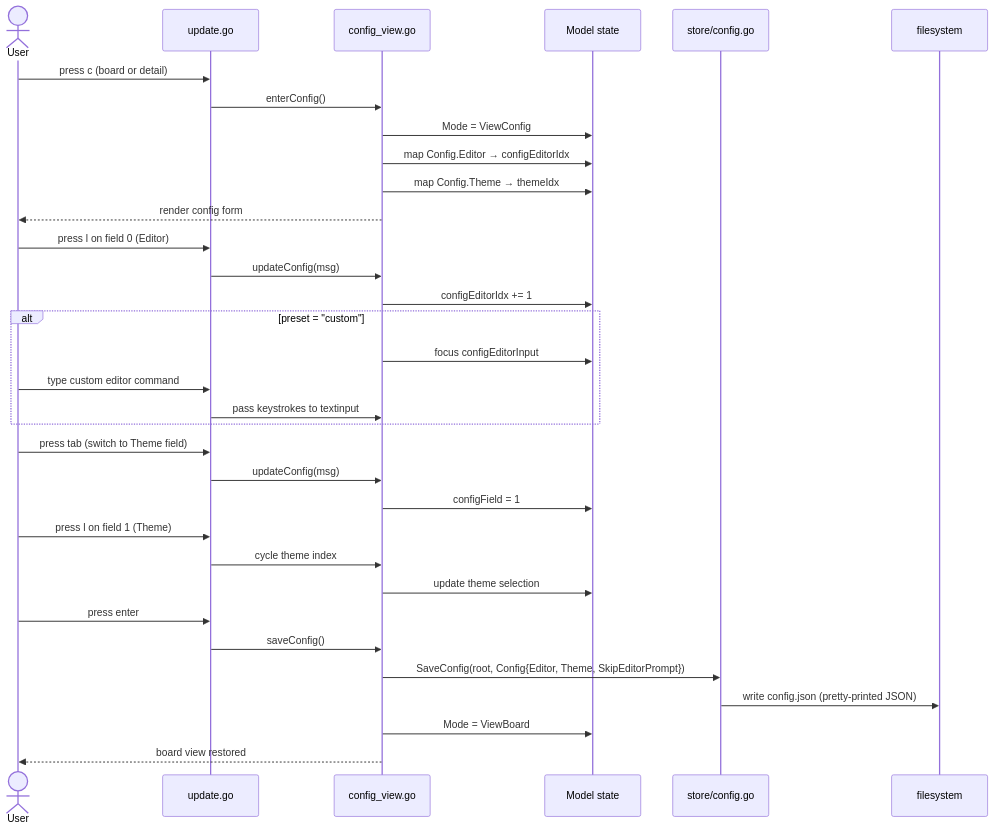
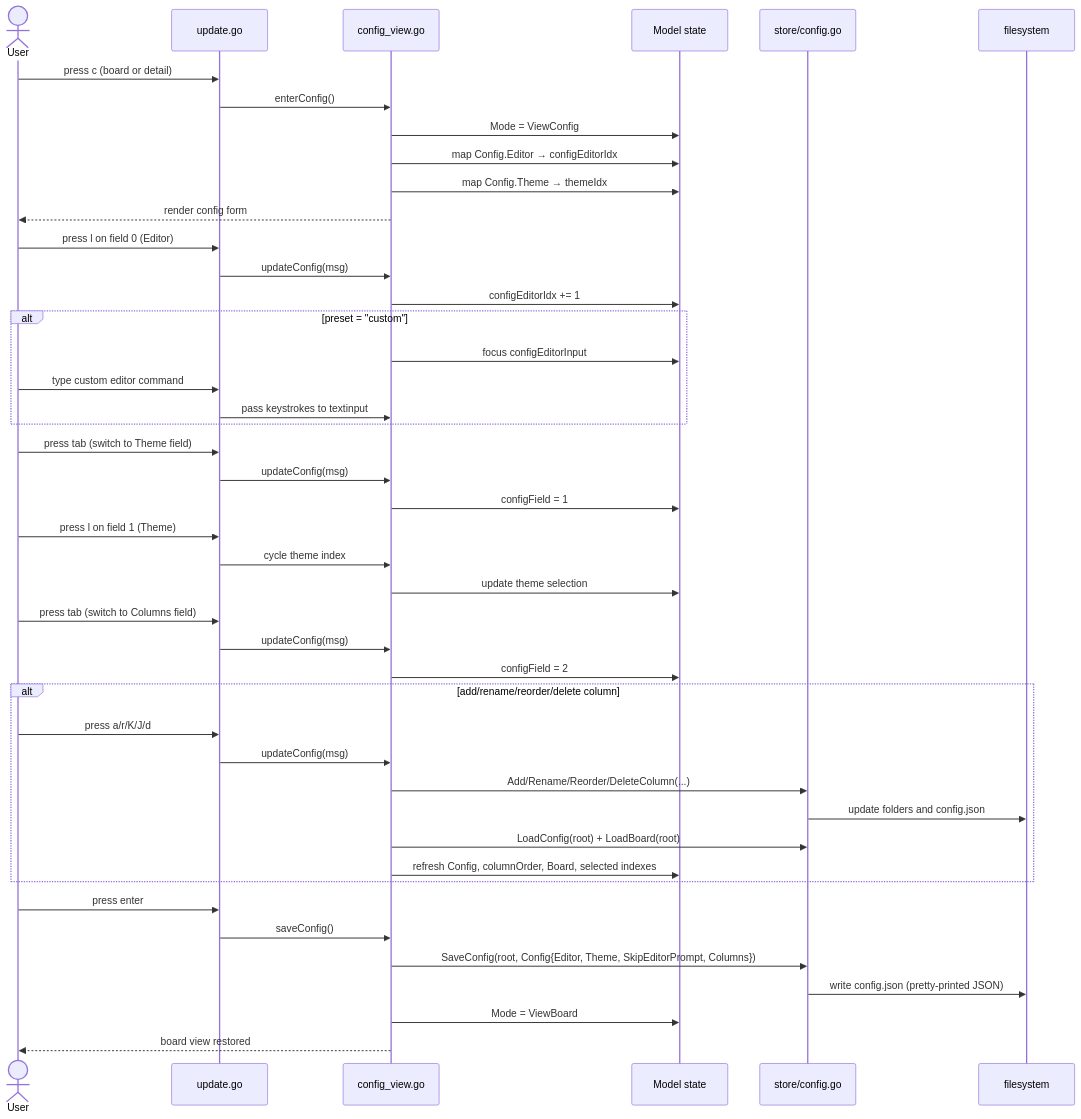
Before and after one commit to dawidsok/tickcats: the third of 3 diagrams in docs/flows/configuration.md, drawn with Mermaid. The commit also changed other lines of this file and 29 other files, not shown here.

````diff
--- a/docs/flows/configuration.md
+++ b/docs/flows/configuration.md
@@ -60,41 +80,54 @@
 ```mermaid
 sequenceDiagram
     actor User
     participant Update as update.go
     participant ConfigView as config_view.go
     participant Model as Model state
     participant Store as store/config.go
     participant FS as filesystem
 
     User->>Update: press c (board or detail)
     Update->>ConfigView: enterConfig()
     ConfigView->>Model: Mode = ViewConfig
     ConfigView->>Model: map Config.Editor → configEditorIdx
     ConfigView->>Model: map Config.Theme → themeIdx
     ConfigView-->>User: render config form
 
     User->>Update: press l on field 0 (Editor)
     Update->>ConfigView: updateConfig(msg)
     ConfigView->>Model: configEditorIdx += 1
 
     alt preset = "custom"
         ConfigView->>Model: focus configEditorInput
         User->>Update: type custom editor command
         Update->>ConfigView: pass keystrokes to textinput
     end
 
     User->>Update: press tab (switch to Theme field)
     Update->>ConfigView: updateConfig(msg)
     ConfigView->>Model: configField = 1
 
     User->>Update: press l on field 1 (Theme)
     Update->>ConfigView: cycle theme index
     ConfigView->>Model: update theme selection
 
+    User->>Update: press tab (switch to Columns field)
+    Update->>ConfigView: updateConfig(msg)
+    ConfigView->>Model: configField = 2
+
+    alt add/rename/reorder/delete column
+        User->>Update: press a/r/K/J/d
+        Update->>ConfigView: updateConfig(msg)
+        ConfigView->>Store: Add/Rename/Reorder/DeleteColumn(...)
+        Store->>FS: update folders and config.json
+        ConfigView->>Store: LoadConfig(root) + LoadBoard(root)
+        ConfigView->>Model: refresh Config, columnOrder, Board, selected indexes
+    end
+
     User->>Update: press enter
     Update->>ConfigView: saveConfig()
-    ConfigView->>Store: SaveConfig(root, Config{Editor, Theme, SkipEditorPrompt})
+    ConfigView->>Store: SaveConfig(root, Config{Editor, Theme, SkipEditorPrompt, Columns})
     Store->>FS: write config.json (pretty-printed JSON)
     ConfigView->>Model: Mode = ViewBoard
     ConfigView-->>User: board view restored
 ```
````
